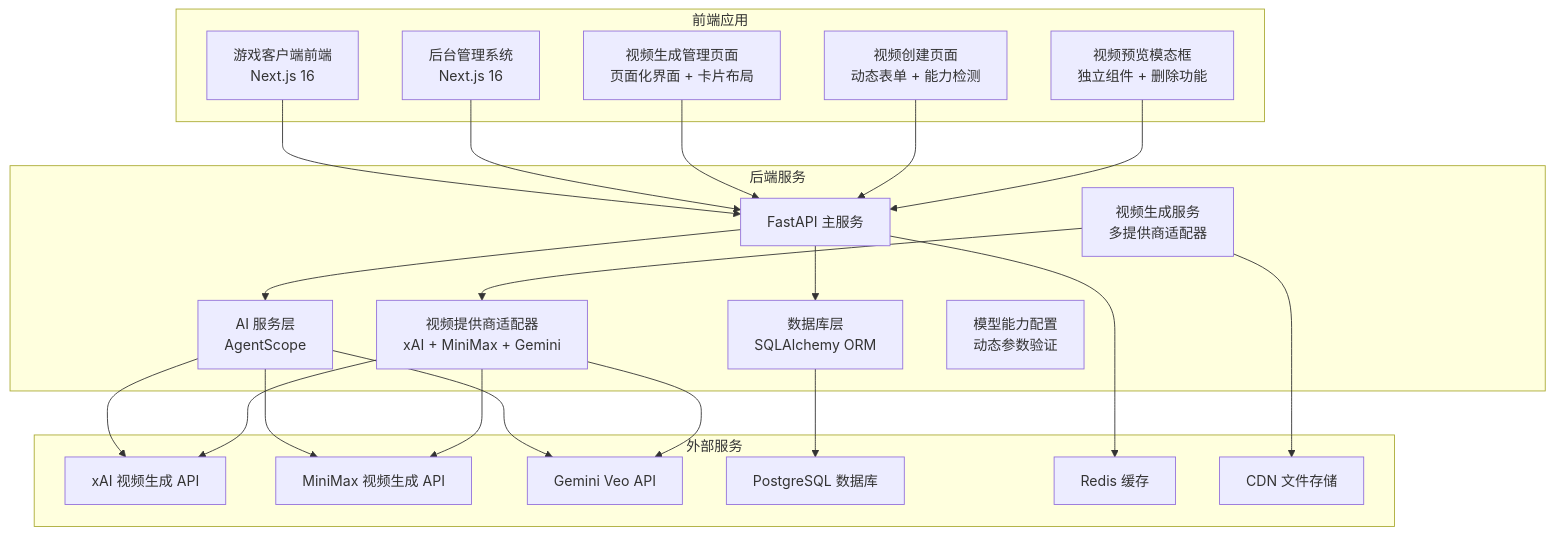
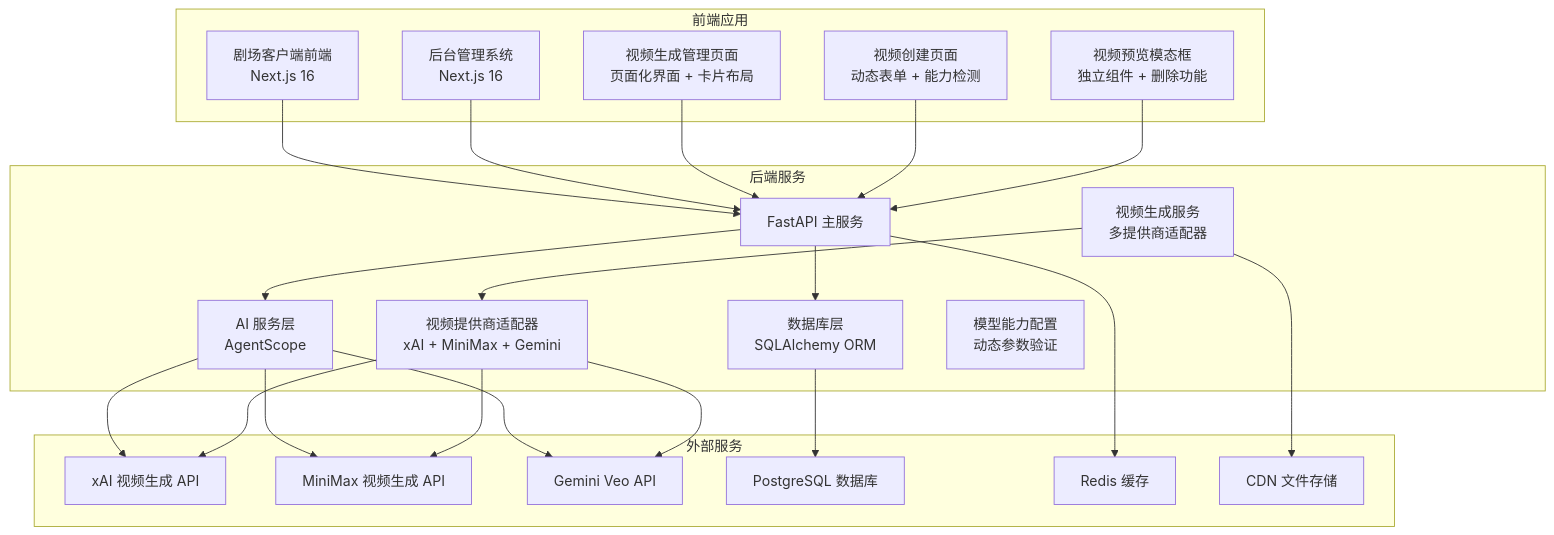
Before and after one commit to KunLabAI/KunFlix: the first of 18 diagrams in .qoder/repowiki/zh/content/后端开发指南/视频生成系统.md, drawn with Mermaid. The commit also changed other lines of this file and 112 other files, not shown here.

````diff
--- a/.qoder/repowiki/zh/content/后端开发指南/视频生成系统.md
+++ b/.qoder/repowiki/zh/content/后端开发指南/视频生成系统.md
@@ -76,43 +76,43 @@
 ```mermaid
 graph TB
 subgraph "前端应用"
-FE1[游戏客户端前端<br/>Next.js 16]
+FE1[剧场客户端前端<br/>Next.js 16]
 FE2[后台管理系统<br/>Next.js 16]
 FE3[视频生成管理页面<br/>页面化界面 + 卡片布局]
 FE4[视频创建页面<br/>动态表单 + 能力检测]
 FE5[视频预览模态框<br/>独立组件 + 删除功能]
 end
 subgraph "后端服务"
 BE1[FastAPI 主服务]
 BE2[数据库层<br/>SQLAlchemy ORM]
 BE3[AI 服务层<br/>AgentScope]
 BE4[视频生成服务<br/>多提供商适配器]
 BE5[视频提供商适配器<br/>xAI + MiniMax + Gemini]
 BE6[模型能力配置<br/>动态参数验证]
 end
 subgraph "外部服务"
 ES1[xAI 视频生成 API]
 ES2[MiniMax 视频生成 API]
 ES3[Gemini Veo API]
 ES4[PostgreSQL 数据库]
 ES5[Redis 缓存]
 ES6[CDN 文件存储]
 end
 FE1 --> BE1
 FE2 --> BE1
 FE3 --> BE1
 FE4 --> BE1
 FE5 --> BE1
 BE1 --> BE2
 BE1 --> BE3
 BE3 --> ES1
 BE3 --> ES2
 BE3 --> ES3
 BE4 --> BE5
 BE5 --> ES1
 BE5 --> ES2
 BE5 --> ES3
 BE2 --> ES4
 BE1 --> ES5
 BE4 --> ES6
 ```
````
